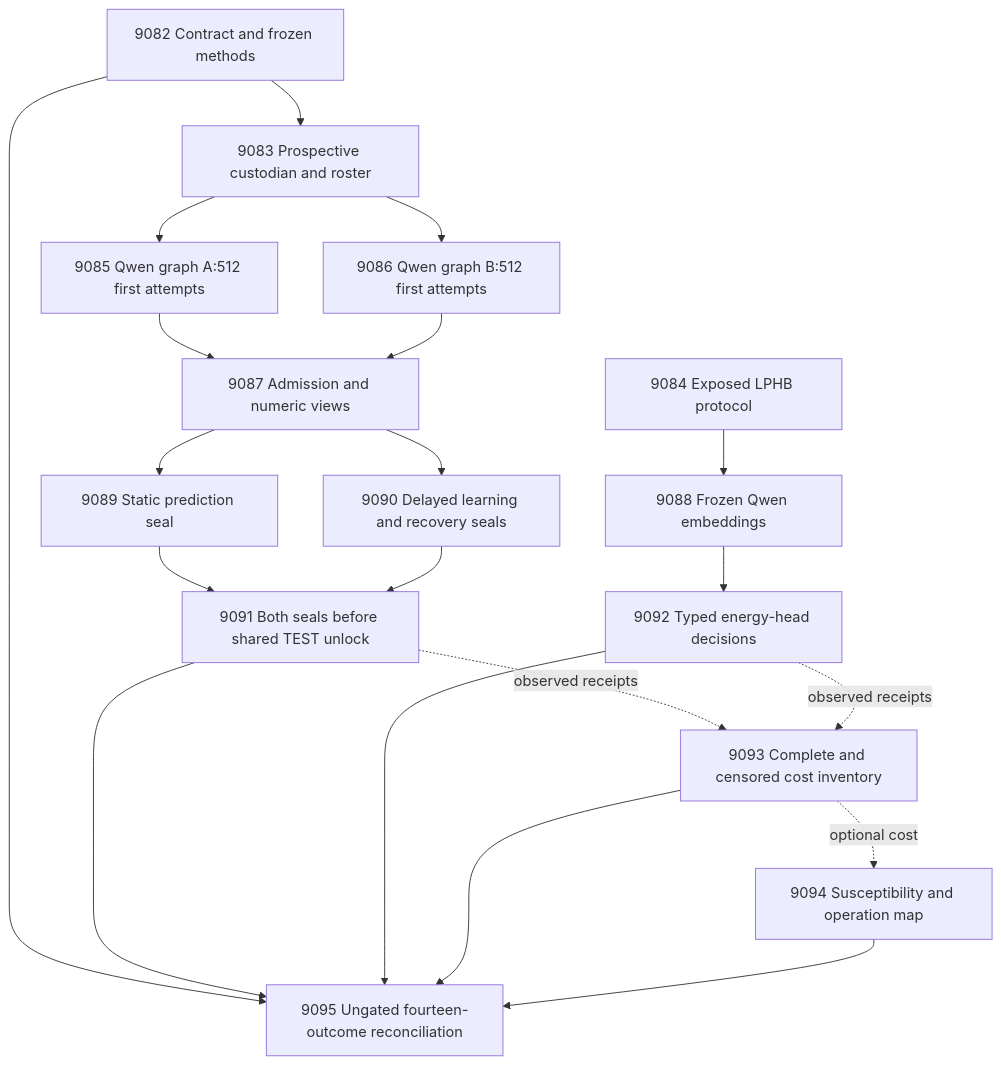
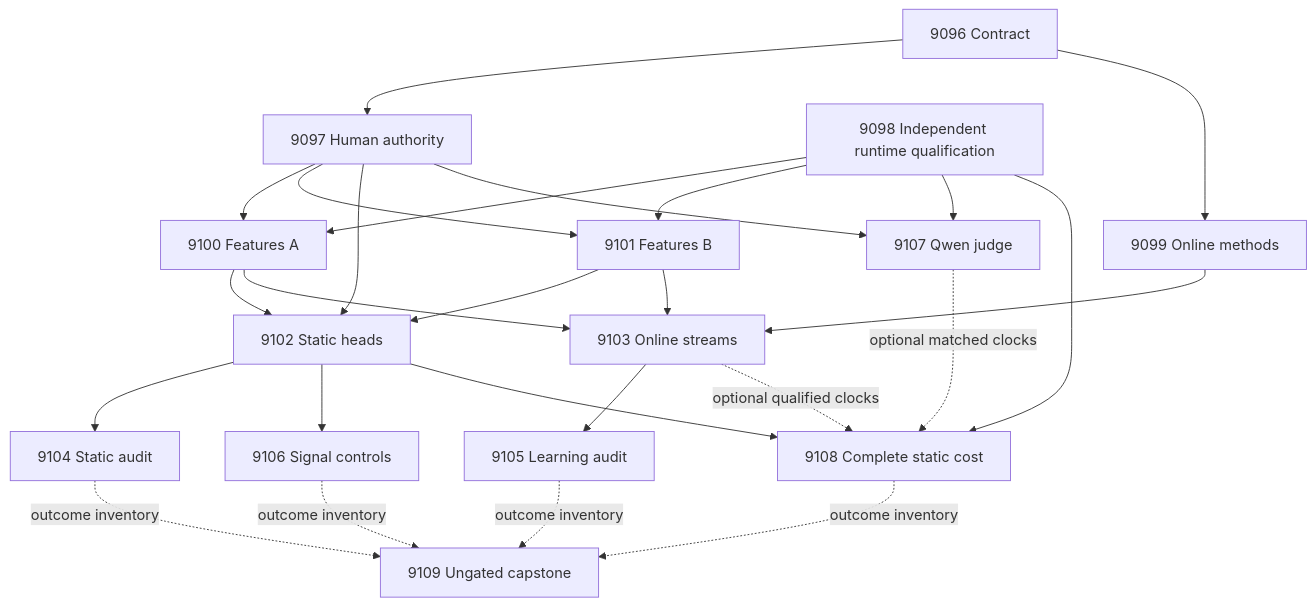
The second of 2 diagrams in openspec/change-proposals/research-roadmap-vNEXT.md (Carnot-EBM/carnot-ebm), drawn with Mermaid before and after one commit. The commit also changed other lines of this file and 19 other files, not shown here.

````diff
--- a/openspec/change-proposals/research-roadmap-vNEXT.md
+++ b/openspec/change-proposals/research-roadmap-vNEXT.md
@@ -79,22 +279,28 @@
 ```mermaid
 flowchart TD
-  C[9082 Contract and frozen methods] --> P[9083 Prospective custodian and roster]
-  P --> A[9085 Qwen graph A:512 first attempts]
-  P --> B[9086 Qwen graph B:512 first attempts]
-  A --> J[9087 Admission and numeric views]
-  B --> J
-  J --> S[9089 Static prediction seal]
-  J --> L[9090 Delayed learning and recovery seals]
-  S --> R[9091 Both seals before shared TEST unlock]
-  L --> R
-  H[9084 Exposed LPHB protocol] --> E[9088 Frozen Qwen embeddings]
-  E --> T[9092 Typed energy-head decisions]
-  R -. observed receipts .-> K[9093 Complete and censored cost inventory]
-  T -. observed receipts .-> K
-  K -. optional cost .-> N[9094 Susceptibility and operation map]
-  C --> F[9095 Ungated fourteen-outcome reconciliation]
-  R --> F
-  T --> F
-  K --> F
-  N --> F
+  C[9096 Contract] --> H[9097 Human authority]
+  C --> M[9099 Online methods]
+  R[9098 Independent runtime qualification] --> A[9100 Features A]
+  R --> B[9101 Features B]
+  H --> A
+  H --> B
+  A --> S[9102 Static heads]
+  B --> S
+  H --> S
+  M --> L[9103 Online streams]
+  A --> L
+  B --> L
+  S --> SA[9104 Static audit]
+  L --> LA[9105 Learning audit]
+  S --> X[9106 Signal controls]
+  H --> J[9107 Qwen judge]
+  R --> J
+  S --> K[9108 Complete static cost]
+  R --> K
+  L -. optional qualified clocks .-> K
+  J -. optional matched clocks .-> K
+  SA -. outcome inventory .-> Z[9109 Ungated capstone]
+  LA -. outcome inventory .-> Z
+  X -. outcome inventory .-> Z
+  K -. outcome inventory .-> Z
 ```
````
